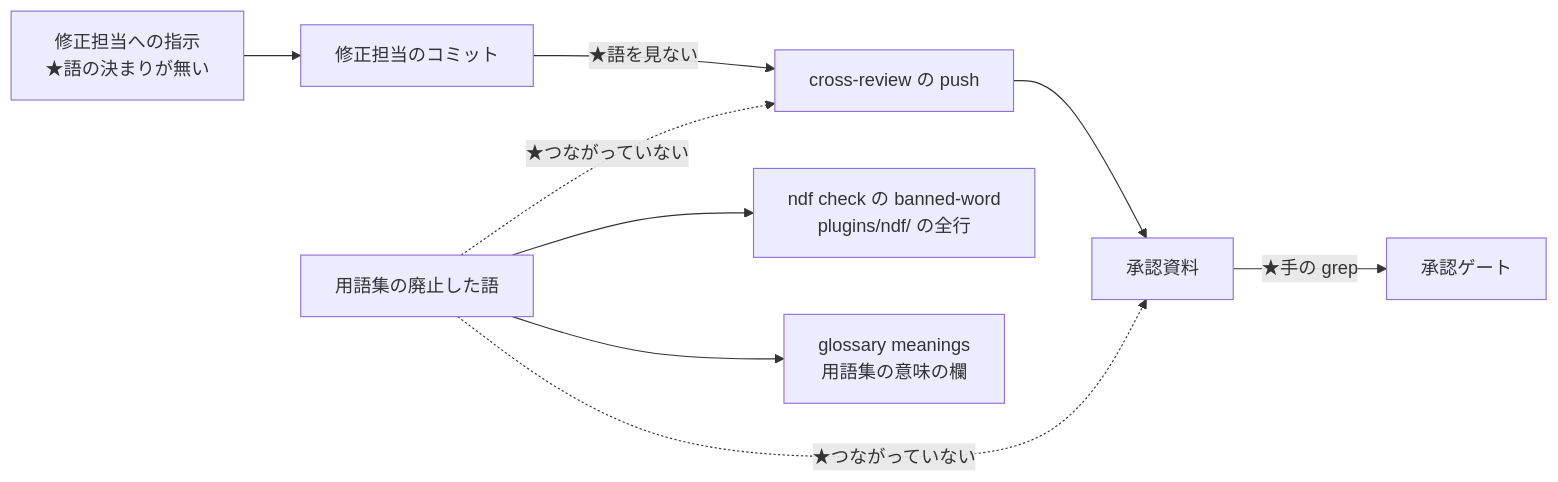
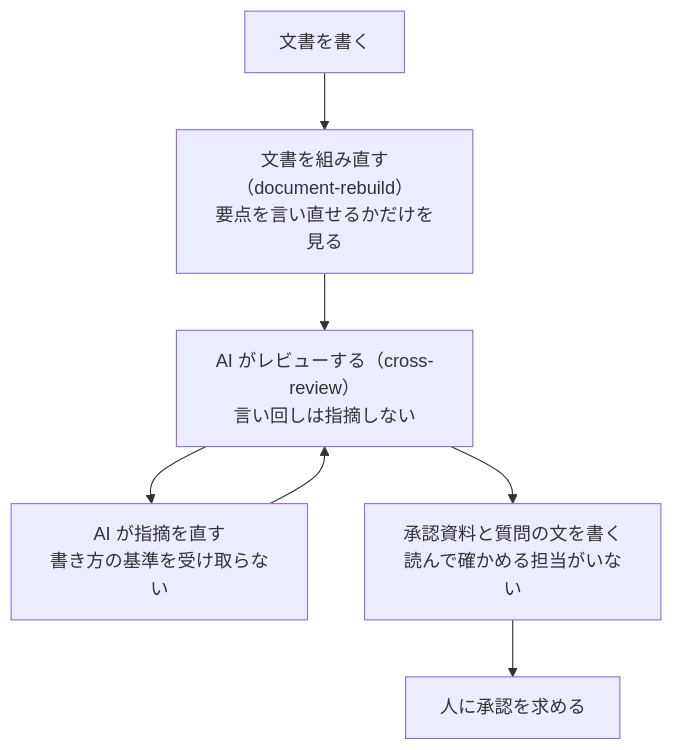
Before and after one commit to devbasex/ai-plugins: the first of 2 diagrams in issues/issue-4285-design.md, drawn with Mermaid. The commit also changed other lines of this file and 2 other files, not shown here.

````diff
--- a/issues/issue-4285-design.md
+++ b/issues/issue-4285-design.md
@@ -9,11 +11,9 @@
 ```mermaid
-graph LR
-  FP["修正担当への指示<br>★語の決まりが無い"] --> FX["修正担当のコミット"]
-  FX -->|★語を見ない| PU["cross-review の push"]
-  PU --> MA["承認資料"]
-  MA -->|★手の grep| GA["承認ゲート"]
-  GL["用語集の廃止した語"] --> BW["ndf check の banned-word<br>plugins/ndf/ の全行"]
-  GL --> ME["glossary meanings<br>用語集の意味の欄"]
-  GL -.->|★つながっていない| PU
-  GL -.->|★つながっていない| MA
+flowchart TD
+    A["文書を書く"] --> B["文書を組み直す（document-rebuild）<br/>要点を言い直せるかだけを見る"]
+    B --> C["AI がレビューする（cross-review）<br/>言い回しは指摘しない"]
+    C --> D["AI が指摘を直す<br/>書き方の基準を受け取らない"]
+    D --> C
+    C --> E["承認資料と質問の文を書く<br/>読んで確かめる担当がいない"]
+    E --> F["人に承認を求める"]
 ```
````
